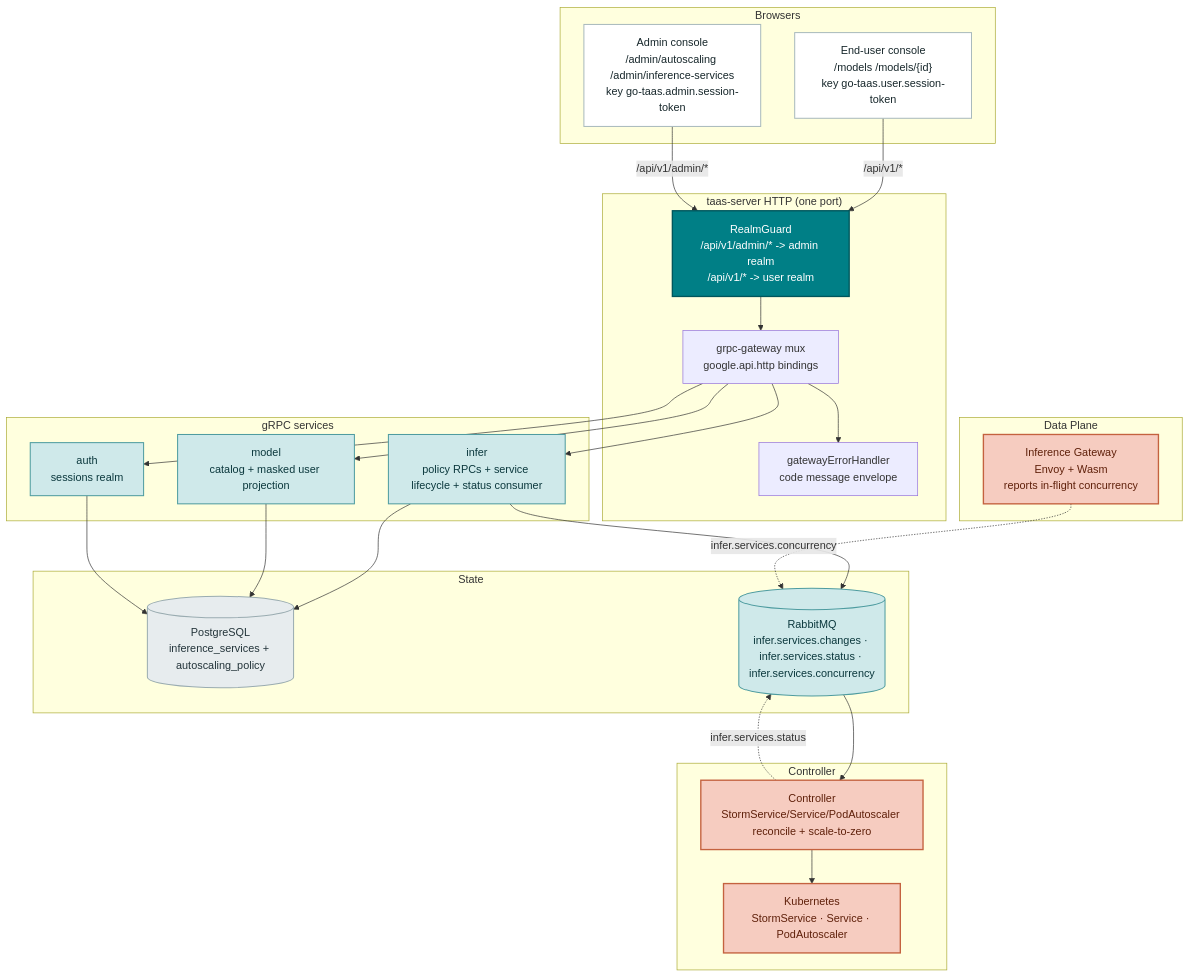
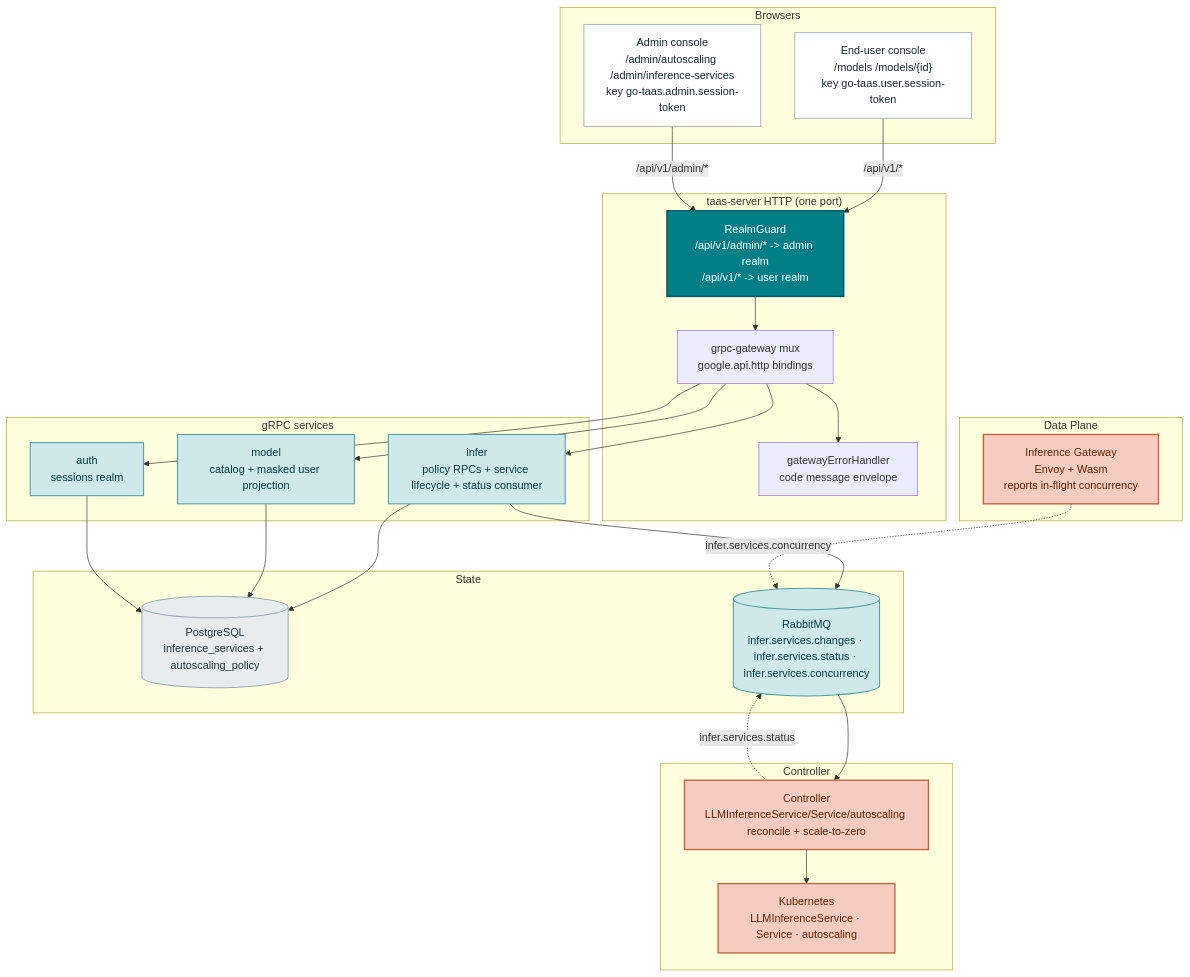
One commit to go-taas/go-taas changed the first of 5 diagrams in site/docs/architecture/inference-autoscaling.md. Above: the diagram before and after it, drawn with Mermaid. The commit also changed other lines of this file and 151 other files, not shown here.

````diff
--- a/site/docs/architecture/inference-autoscaling.md
+++ b/site/docs/architecture/inference-autoscaling.md
@@ -79,59 +79,59 @@
 ```mermaid
 flowchart TD
     subgraph browsers["Browsers"]
         UC["End-user console<br/>/models /models/{id}<br/>key go-taas.user.session-token"]
         AC["Admin console<br/>/admin/autoscaling /admin/inference-services<br/>key go-taas.admin.session-token"]
     end
 
     subgraph gateway["taas-server HTTP (one port)"]
         GUARD["RealmGuard<br/>/api/v1/admin/* -> admin realm<br/>/api/v1/* -> user realm"]
         MUX["grpc-gateway mux<br/>google.api.http bindings"]
         ERR["gatewayErrorHandler<br/>code message envelope"]
     end
 
     subgraph services["gRPC services"]
         INFER["infer<br/>policy RPCs + service lifecycle + status consumer"]
         MODEL["model<br/>catalog + masked user projection"]
         AUTH["auth<br/>sessions realm"]
     end
 
     subgraph stores["State"]
         PG[("PostgreSQL<br/>inference_services + autoscaling_policy")]
         MQ[("RabbitMQ<br/>infer.services.changes · infer.services.status · infer.services.concurrency")]
     end
 
     subgraph ctrl["Controller"]
-        CTRL["Controller<br/>StormService/Service/PodAutoscaler reconcile + scale-to-zero"]
-        K8S["Kubernetes<br/>StormService · Service · PodAutoscaler"]
+        CTRL["Controller<br/>LLMInferenceService/Service/autoscaling reconcile + scale-to-zero"]
+        K8S["Kubernetes<br/>LLMInferenceService · Service · autoscaling"]
     end
 
     subgraph dp["Data Plane"]
         DGW["Inference Gateway<br/>Envoy + Wasm<br/>reports in-flight concurrency"]
     end
 
     UC -->|"/api/v1/*"| GUARD
     AC -->|"/api/v1/admin/*"| GUARD
     GUARD --> MUX
     MUX --> ERR
     MUX --> INFER
     MUX --> MODEL
     MUX --> AUTH
     INFER --> PG
     INFER --> MQ
     MODEL --> PG
     AUTH --> PG
     MQ --> CTRL
     CTRL --> K8S
     DGW -.->|"infer.services.concurrency"| MQ
     CTRL -.->|"infer.services.status"| MQ
     classDef consumer fill:#FFFFFF,stroke:#A9BABD,stroke-width:1.5px,color:#17272B
     classDef edge fill:#007F86,stroke:#00565C,stroke-width:2px,color:#FFFFFF
     classDef svc fill:#CFE9EA,stroke:#4E9CA0,stroke-width:1.5px,color:#0B383D
     classDef store fill:#E7ECEE,stroke:#9AACB1,stroke-width:1.5px,color:#23343A
     classDef dpg fill:#F6CCC0,stroke:#C4623F,stroke-width:2px,color:#5F200A
     class UC,AC consumer
     class GUARD edge
     class INFER,MODEL,AUTH,MQ svc
     class PG store
     class CTRL,K8S,DGW dpg
 ```
````
